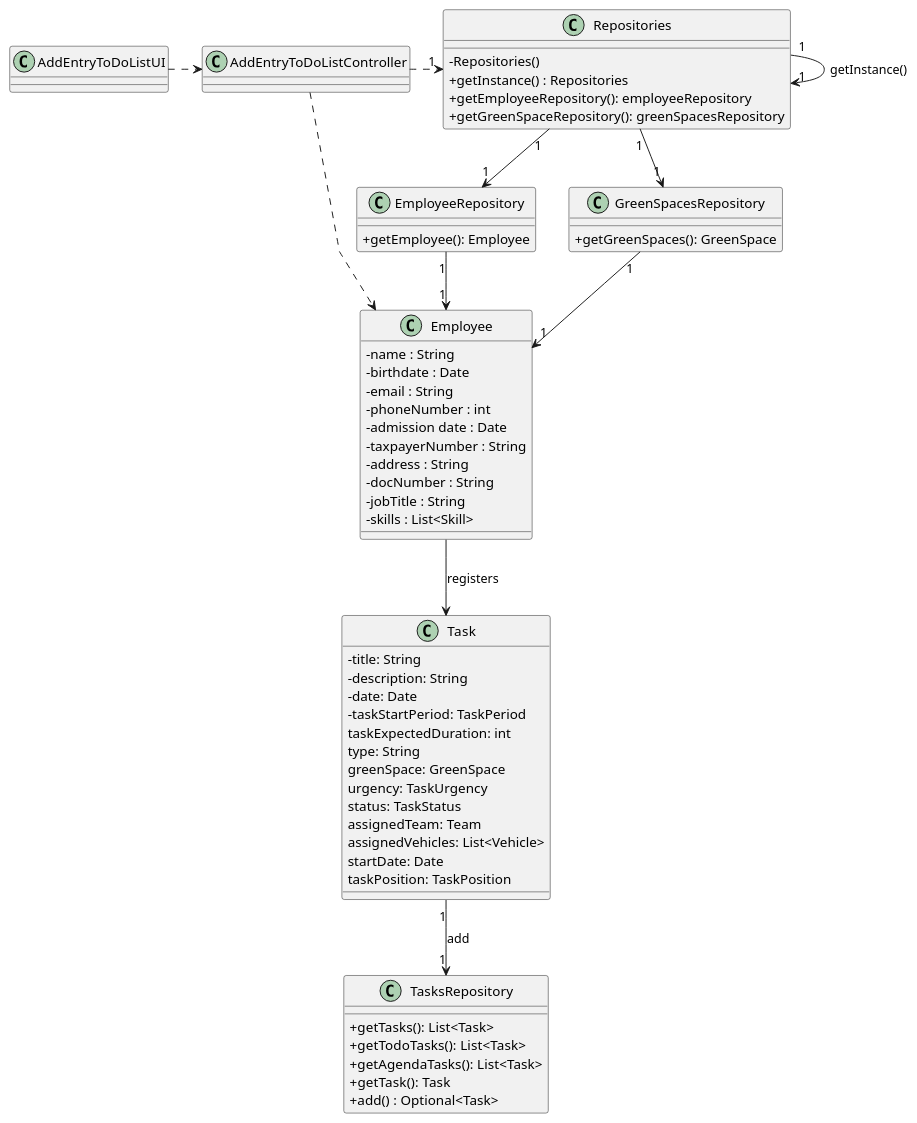
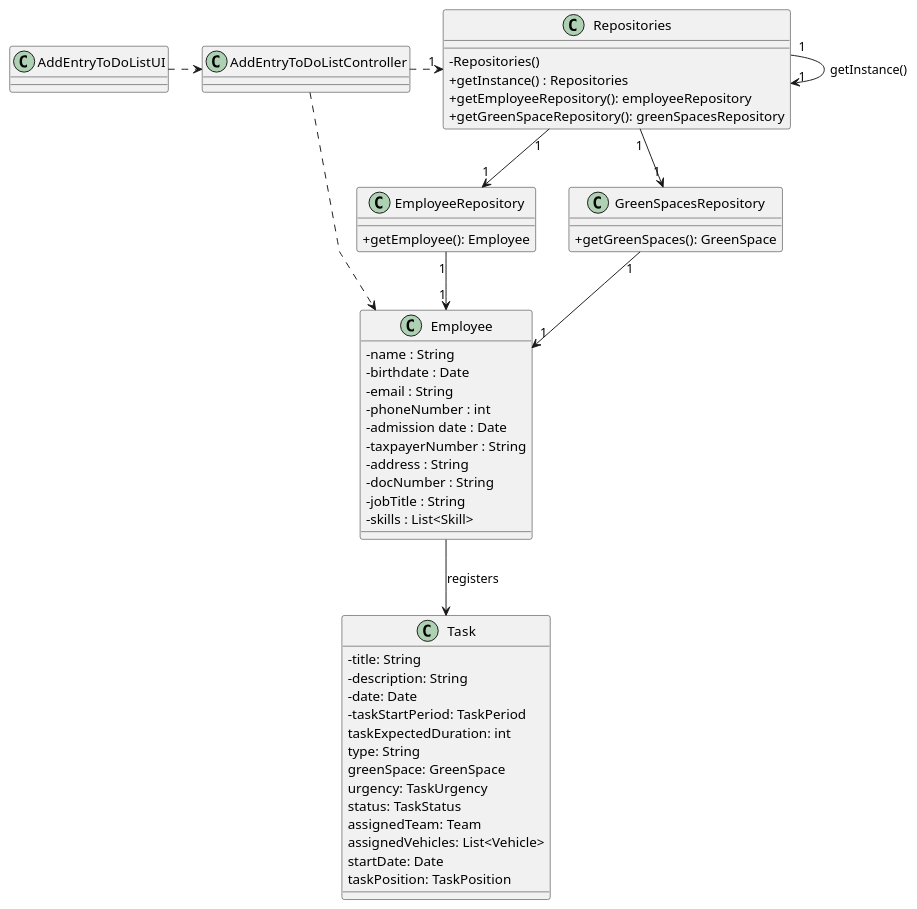
Before and after one commit to LopemigueISEP/lei-24-s2-1nb-g312: the diagram in docs/sprintC/US021/03.design/puml/us021-class-diagram.puml, drawn with PlantUML. The commit also changed 33 other files, not shown here.

```diff
--- a/docs/sprintC/US021/03.design/puml/us021-class-diagram.puml
+++ b/docs/sprintC/US021/03.design/puml/us021-class-diagram.puml
@@ -1,90 +1,83 @@
 @startuml
 'skinparam monochrome true
 skinparam packageStyle rectangle
 skinparam shadowing false
 skinparam linetype polyline
 'skinparam linetype orto
 
 skinparam classAttributeIconSize 0
 
 'left to right direction
 class Employee{
     -name : String
     -birthdate : Date
     -email : String
     -phoneNumber : int
     -admission date : Date
     -taxpayerNumber : String
     -address : String
     -docNumber : String
     -jobTitle : String
     -skills : List<Skill>
 }
 
 
 class AddEntryToDoListController{
 
 }
 
 class AddEntryToDoListUI{
 
 }
 
 class Repositories {
     - Repositories()
     + getInstance() : Repositories
     + getEmployeeRepository(): employeeRepository
     + getGreenSpaceRepository(): greenSpacesRepository
 }
 class EmployeeRepository{
 
 
 +getEmployee(): Employee
 
 }
-class TasksRepository{
- +getTasks(): List<Task>
- +getTodoTasks(): List<Task>
- +getAgendaTasks(): List<Task>
- +getTask(): Task
- +add() : Optional<Task>
-}
 class GreenSpacesRepository{
 +getGreenSpaces(): GreenSpace
 }
 
 class Task{
     -title: String
     -description: String
     -date: Date
     -taskStartPeriod: TaskPeriod
     taskExpectedDuration: int
     type: String
     greenSpace: GreenSpace
     urgency: TaskUrgency
     status: TaskStatus
     assignedTeam: Team
     assignedVehicles: List<Vehicle>
     startDate: Date
     taskPosition: TaskPosition
 }
 
 AddEntryToDoListUI .>AddEntryToDoListController
 
 AddEntryToDoListController .> "1" Repositories
 
 Repositories "1" --> "1" Repositories : getInstance()
 Repositories "1" --> "1" EmployeeRepository
 
 Repositories "1" --> "1" GreenSpacesRepository
 
 AddEntryToDoListController ..>Employee
 
 EmployeeRepository "1" --> "1" Employee
 GreenSpacesRepository "1" --> "1" Employee
 
 Employee --> Task: registers
 
-Task "1" --> "1" TasksRepository: add
+
 
 @enduml
```
